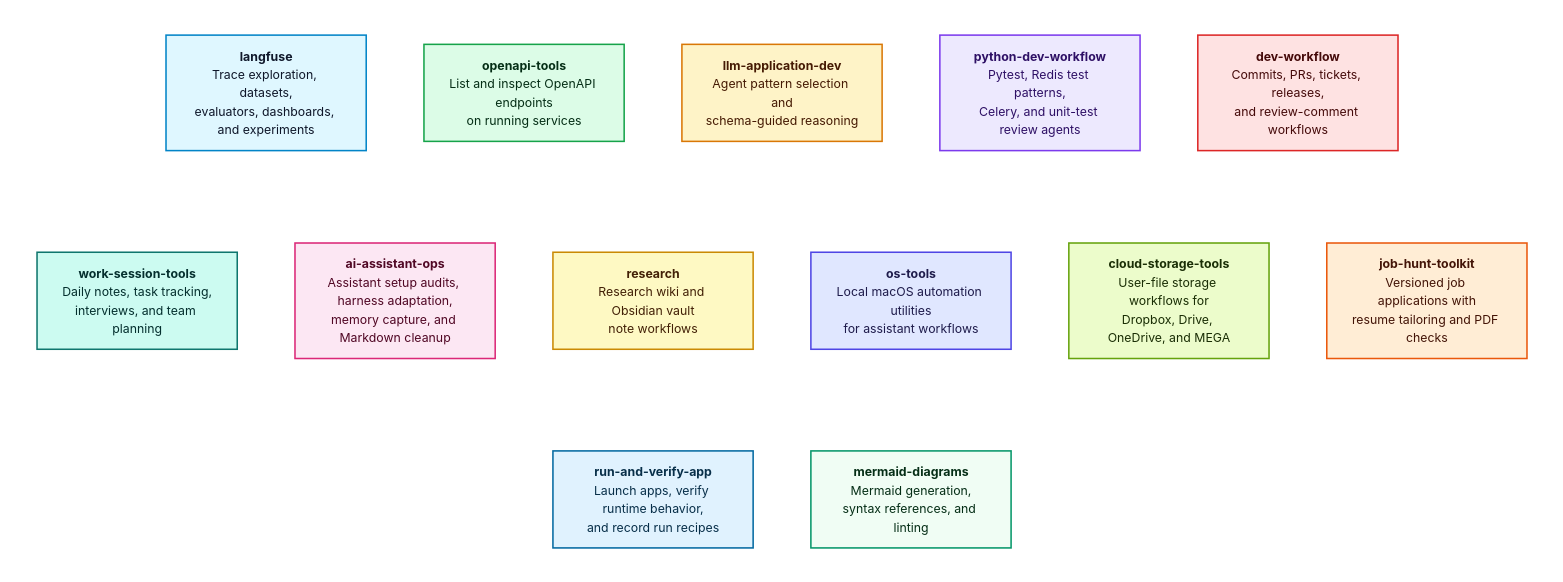
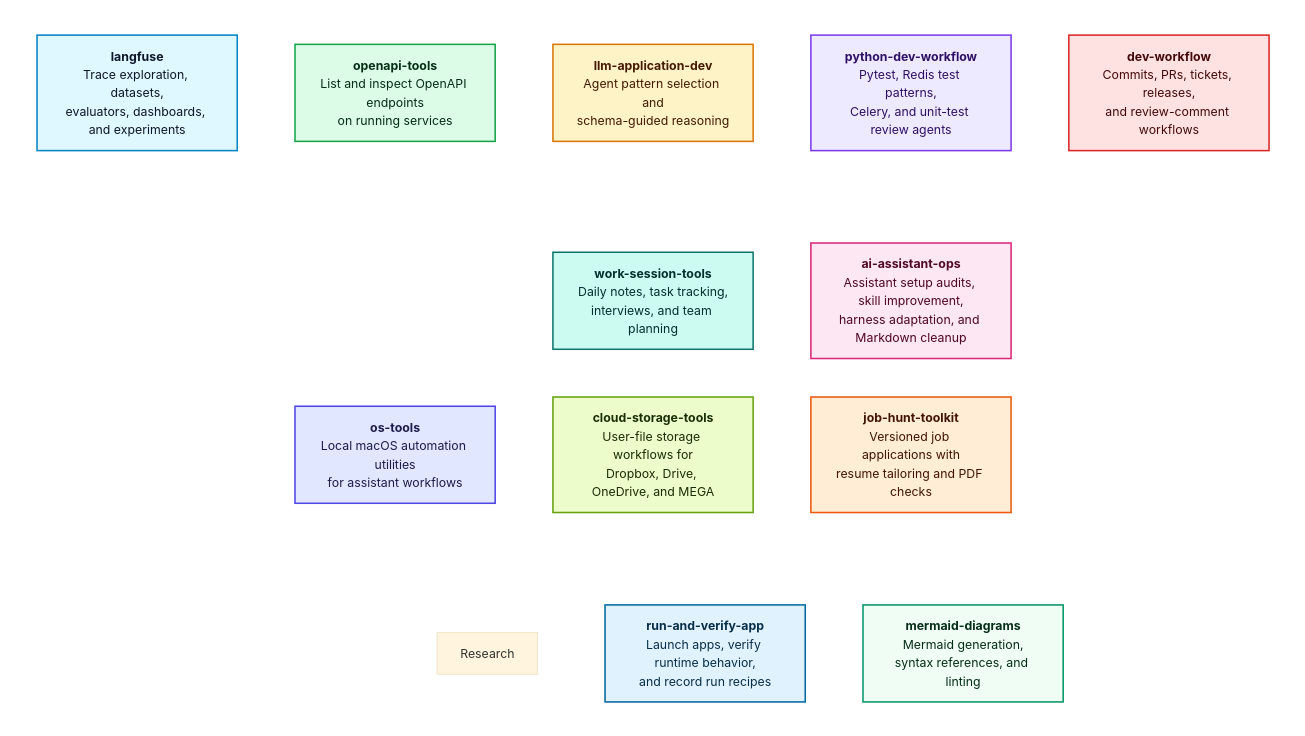
One commit to Alex-Kopylov/zweihander changed the diagram in README.md. Above: the diagram before and after it, drawn with Mermaid (base theme). The commit also changed other lines of this file and 11 other files, not shown here.

Commit message:
feat(ai-assistant-ops): add improve-skill

````diff
--- a/README.md
+++ b/README.md
@@ -13,77 +13,74 @@
 ```mermaid
 flowchart TB
 
 subgraph RowOne[" "]
   direction LR
   Langfuse["`**langfuse**
   Trace exploration, datasets,
   evaluators, dashboards, and experiments`"]:::langfuse
   OpenAPITools["`**openapi-tools**
   List and inspect OpenAPI endpoints
   on running services`"]:::openapi
   LLMApplicationDev["`**llm-application-dev**
   Agent pattern selection and
   schema-guided reasoning`"]:::llm
   PythonDevWorkflow["`**python-dev-workflow**
   Pytest, Redis test patterns,
   Celery, and unit-test review agents`"]:::python
   DevWorkflow["`**dev-workflow**
   Commits, PRs, tickets, releases,
   and review-comment workflows`"]:::dev
 end
 
 subgraph RowTwo[" "]
   direction LR
   WorkSessionTools["`**work-session-tools**
   Daily notes, task tracking,
   interviews, and team planning`"]:::session
   AIAssistantOps["`**ai-assistant-ops**
-  Assistant setup audits, harness adaptation,
-  memory capture, and Markdown cleanup`"]:::ops
-  Research["`**research**
-  Research wiki and Obsidian vault
-  note workflows`"]:::research
+  Assistant setup audits, skill improvement,
+  harness adaptation, and Markdown cleanup`"]:::ops
   OSTools["`**os-tools**
   Local macOS automation utilities
   for assistant workflows`"]:::os
   CloudStorageTools["`**cloud-storage-tools**
   User-file storage workflows for
   Dropbox, Drive, OneDrive, and MEGA`"]:::storage
   JobHuntToolkit["`**job-hunt-toolkit**
   Versioned job applications with
   resume tailoring and PDF checks`"]:::job
 end
 
 subgraph RowThree[" "]
   direction LR
   RunAndVerifyApp["`**run-and-verify-app**
   Launch apps, verify runtime behavior,
   and record run recipes`"]:::runverify
   MermaidDiagrams["`**mermaid-diagrams**
   Mermaid generation,
   syntax references, and linting`"]:::mermaid
 end
 
 Langfuse ~~~ OpenAPITools ~~~ LLMApplicationDev ~~~ PythonDevWorkflow ~~~ DevWorkflow
 WorkSessionTools ~~~ AIAssistantOps ~~~ Research ~~~ OSTools ~~~ CloudStorageTools ~~~ JobHuntToolkit
 RowOne ~~~ RowTwo
 RowTwo ~~~ RowThree
 RunAndVerifyApp ~~~ MermaidDiagrams
 
 classDef langfuse fill:#dff7ff,stroke:#0284c7,stroke-width:2px,color:#0f172a;
 classDef openapi fill:#dcfce7,stroke:#16a34a,stroke-width:2px,color:#052e16;
 classDef llm fill:#fef3c7,stroke:#d97706,stroke-width:2px,color:#451a03;
 classDef python fill:#ede9fe,stroke:#7c3aed,stroke-width:2px,color:#2e1065;
 classDef dev fill:#fee2e2,stroke:#dc2626,stroke-width:2px,color:#450a0a;
 classDef runverify fill:#e0f2fe,stroke:#0369a1,stroke-width:2px,color:#082f49;
 classDef session fill:#ccfbf1,stroke:#0f766e,stroke-width:2px,color:#042f2e;
 classDef ops fill:#fce7f3,stroke:#db2777,stroke-width:2px,color:#500724;
 classDef research fill:#fef9c3,stroke:#ca8a04,stroke-width:2px,color:#422006;
 classDef os fill:#e0e7ff,stroke:#4f46e5,stroke-width:2px,color:#1e1b4b;
 classDef storage fill:#ecfccb,stroke:#65a30d,stroke-width:2px,color:#1a2e05;
 classDef job fill:#ffedd5,stroke:#ea580c,stroke-width:2px,color:#431407;
 classDef mermaid fill:#f0fdf4,stroke:#059669,stroke-width:2px,color:#052e16;
 style RowOne fill:transparent,stroke:transparent,color:transparent;
 style RowTwo fill:transparent,stroke:transparent,color:transparent;
 style RowThree fill:transparent,stroke:transparent,color:transparent;
 ```
````
